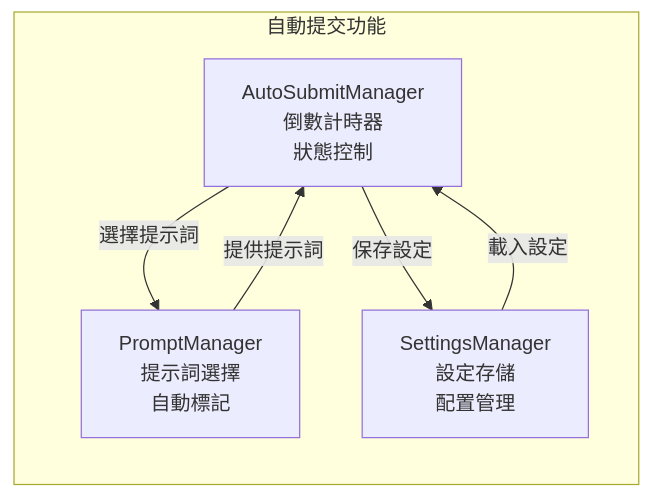
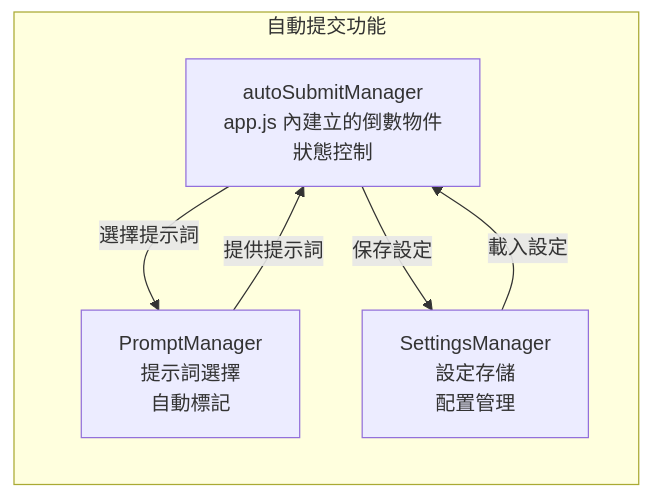
Before and after one commit to CloudEngineHub/mcp-feedback-enhanced: the tenth of 12 diagrams in docs/architecture/component-details.md, drawn with Mermaid. The commit also changed other lines of this file, not shown here.

````diff
--- a/docs/architecture/component-details.md
+++ b/docs/architecture/component-details.md
@@ -695,13 +677,13 @@
 ```mermaid
 graph LR
     subgraph "自動提交功能"
-        ASM[AutoSubmitManager<br/>倒數計時器<br/>狀態控制]
+        ASM[autoSubmitManager<br/>app.js 內建立的倒數物件<br/>狀態控制]
         PM[PromptManager<br/>提示詞選擇<br/>自動標記]
         SM[SettingsManager<br/>設定存儲<br/>配置管理]
     end
 
     ASM -->|選擇提示詞| PM
     ASM -->|保存設定| SM
     PM -->|提供提示詞| ASM
     SM -->|載入設定| ASM
 ```
````
